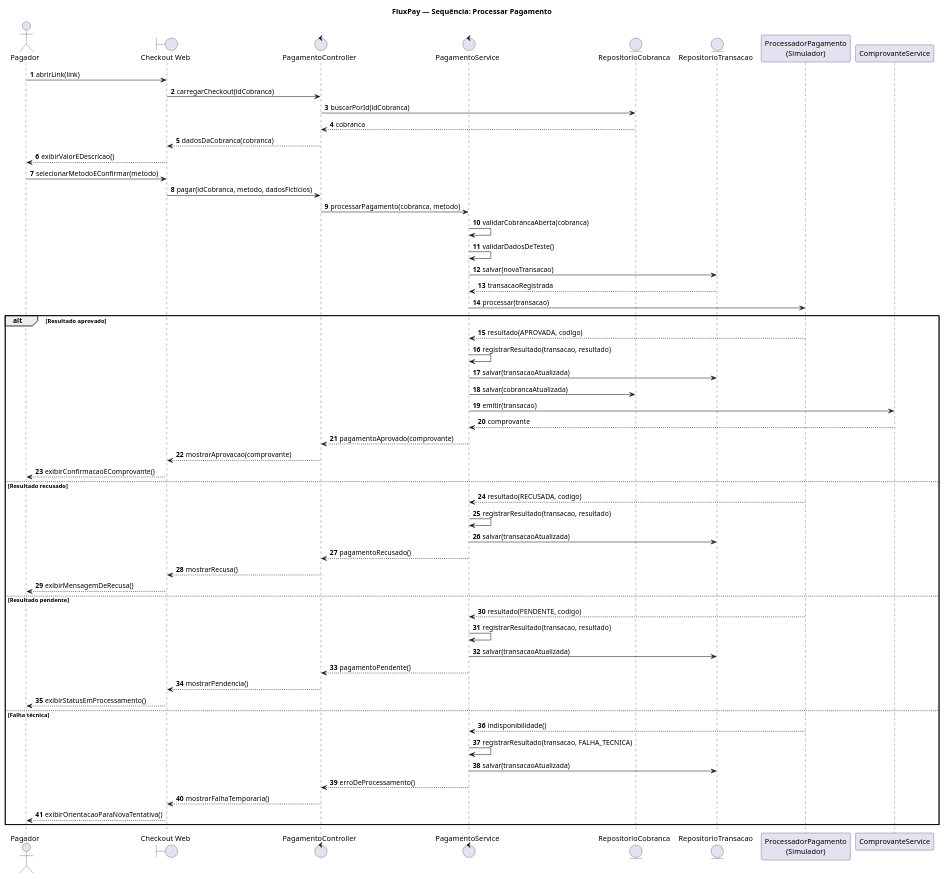
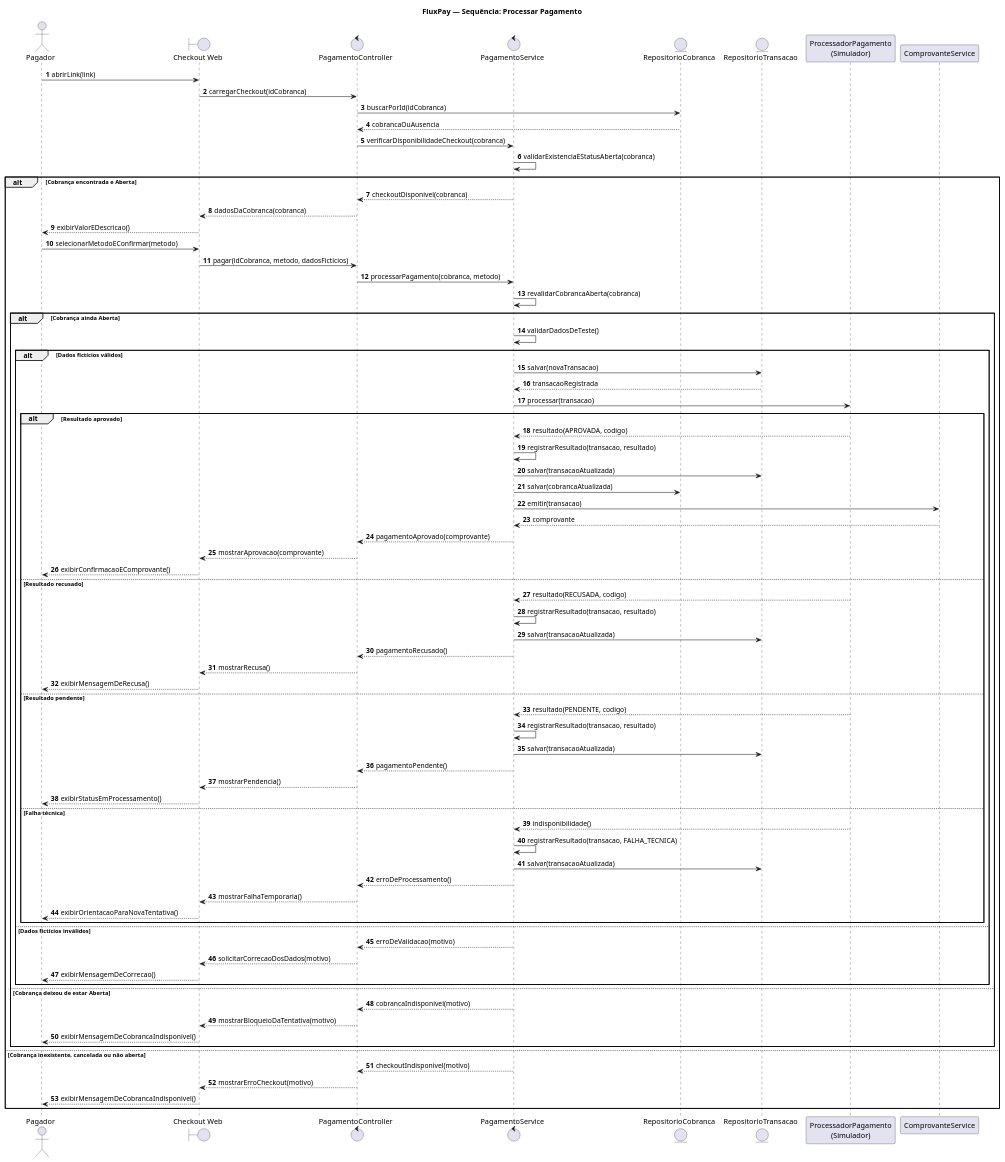
Before and after one commit to PedroSSantana/PDS-TSI-2026: the diagram in Projeto PDS/Semana 04 - Comportamento e Estados/Diagrama_Sequencia_Processar_Pagamento.puml, drawn with PlantUML. The commit also changed 7 other files, not shown here.

```diff
--- a/Projeto PDS/Semana 04 - Comportamento e Estados/Diagrama_Sequencia_Processar_Pagamento.puml
+++ b/Projeto PDS/Semana 04 - Comportamento e Estados/Diagrama_Sequencia_Processar_Pagamento.puml
@@ -1,61 +1,86 @@
 @startuml
 title FluxPay — Sequência: Processar Pagamento
 autonumber
 actor Pagador
 boundary "Checkout Web" as Checkout
 control "PagamentoController" as Controller
 control "PagamentoService" as Service
 entity "RepositorioCobranca" as RepoC
 entity "RepositorioTransacao" as RepoT
 participant "ProcessadorPagamento\n(Simulador)" as Processador
 participant "ComprovanteService" as Comprovantes
 
 Pagador -> Checkout: abrirLink(link)
 Checkout -> Controller: carregarCheckout(idCobranca)
 Controller -> RepoC: buscarPorId(idCobranca)
-RepoC --> Controller: cobranca
-Controller --> Checkout: dadosDaCobranca(cobranca)
-Checkout --> Pagador: exibirValorEDescricao()
+RepoC --> Controller: cobrancaOuAusencia
+Controller -> Service: verificarDisponibilidadeCheckout(cobranca)
+Service -> Service: validarExistenciaEStatusAberta(cobranca)
 
-Pagador -> Checkout: selecionarMetodoEConfirmar(metodo)
-Checkout -> Controller: pagar(idCobranca, metodo, dadosFicticios)
-Controller -> Service: processarPagamento(cobranca, metodo)
-Service -> Service: validarCobrancaAberta(cobranca)
-Service -> Service: validarDadosDeTeste()
-Service -> RepoT: salvar(novaTransacao)
-RepoT --> Service: transacaoRegistrada
-Service -> Processador: processar(transacao)
+alt Cobrança encontrada e Aberta
+  Service --> Controller: checkoutDisponivel(cobranca)
+  Controller --> Checkout: dadosDaCobranca(cobranca)
+  Checkout --> Pagador: exibirValorEDescricao()
 
-alt Resultado aprovado
-  Processador --> Service: resultado(APROVADA, codigo)
-  Service -> Service: registrarResultado(transacao, resultado)
-  Service -> RepoT: salvar(transacaoAtualizada)
-  Service -> RepoC: salvar(cobrancaAtualizada)
-  Service -> Comprovantes: emitir(transacao)
-  Comprovantes --> Service: comprovante
-  Service --> Controller: pagamentoAprovado(comprovante)
-  Controller --> Checkout: mostrarAprovacao(comprovante)
-  Checkout --> Pagador: exibirConfirmacaoEComprovante()
-else Resultado recusado
-  Processador --> Service: resultado(RECUSADA, codigo)
-  Service -> Service: registrarResultado(transacao, resultado)
-  Service -> RepoT: salvar(transacaoAtualizada)
-  Service --> Controller: pagamentoRecusado()
-  Controller --> Checkout: mostrarRecusa()
-  Checkout --> Pagador: exibirMensagemDeRecusa()
-else Resultado pendente
-  Processador --> Service: resultado(PENDENTE, codigo)
-  Service -> Service: registrarResultado(transacao, resultado)
-  Service -> RepoT: salvar(transacaoAtualizada)
-  Service --> Controller: pagamentoPendente()
-  Controller --> Checkout: mostrarPendencia()
-  Checkout --> Pagador: exibirStatusEmProcessamento()
-else Falha técnica
-  Processador --> Service: indisponibilidade()
-  Service -> Service: registrarResultado(transacao, FALHA_TECNICA)
-  Service -> RepoT: salvar(transacaoAtualizada)
-  Service --> Controller: erroDeProcessamento()
-  Controller --> Checkout: mostrarFalhaTemporaria()
-  Checkout --> Pagador: exibirOrientacaoParaNovaTentativa()
+  Pagador -> Checkout: selecionarMetodoEConfirmar(metodo)
+  Checkout -> Controller: pagar(idCobranca, metodo, dadosFicticios)
+  Controller -> Service: processarPagamento(cobranca, metodo)
+
+  Service -> Service: revalidarCobrancaAberta(cobranca)
+
+  alt Cobrança ainda Aberta
+    Service -> Service: validarDadosDeTeste()
+
+    alt Dados fictícios válidos
+      Service -> RepoT: salvar(novaTransacao)
+      RepoT --> Service: transacaoRegistrada
+      Service -> Processador: processar(transacao)
+
+      alt Resultado aprovado
+        Processador --> Service: resultado(APROVADA, codigo)
+        Service -> Service: registrarResultado(transacao, resultado)
+        Service -> RepoT: salvar(transacaoAtualizada)
+        Service -> RepoC: salvar(cobrancaAtualizada)
+        Service -> Comprovantes: emitir(transacao)
+        Comprovantes --> Service: comprovante
+        Service --> Controller: pagamentoAprovado(comprovante)
+        Controller --> Checkout: mostrarAprovacao(comprovante)
+        Checkout --> Pagador: exibirConfirmacaoEComprovante()
+      else Resultado recusado
+        Processador --> Service: resultado(RECUSADA, codigo)
+        Service -> Service: registrarResultado(transacao, resultado)
+        Service -> RepoT: salvar(transacaoAtualizada)
+        Service --> Controller: pagamentoRecusado()
+        Controller --> Checkout: mostrarRecusa()
+        Checkout --> Pagador: exibirMensagemDeRecusa()
+      else Resultado pendente
+        Processador --> Service: resultado(PENDENTE, codigo)
+        Service -> Service: registrarResultado(transacao, resultado)
+        Service -> RepoT: salvar(transacaoAtualizada)
+        Service --> Controller: pagamentoPendente()
+        Controller --> Checkout: mostrarPendencia()
+        Checkout --> Pagador: exibirStatusEmProcessamento()
+      else Falha técnica
+        Processador --> Service: indisponibilidade()
+        Service -> Service: registrarResultado(transacao, FALHA_TECNICA)
+        Service -> RepoT: salvar(transacaoAtualizada)
+        Service --> Controller: erroDeProcessamento()
+        Controller --> Checkout: mostrarFalhaTemporaria()
+        Checkout --> Pagador: exibirOrientacaoParaNovaTentativa()
+      end
+    else Dados fictícios inválidos
+      Service --> Controller: erroDeValidacao(motivo)
+      Controller --> Checkout: solicitarCorrecaoDosDados(motivo)
+      Checkout --> Pagador: exibirMensagemDeCorrecao()
+    end
+  else Cobrança deixou de estar Aberta
+    Service --> Controller: cobrancaIndisponivel(motivo)
+    Controller --> Checkout: mostrarBloqueioDaTentativa(motivo)
+    Checkout --> Pagador: exibirMensagemDeCobrancaIndisponivel()
+  end
+else Cobrança inexistente, cancelada ou não aberta
+  Service --> Controller: checkoutIndisponivel(motivo)
+  Controller --> Checkout: mostrarErroCheckout(motivo)
+  Checkout --> Pagador: exibirMensagemDeCobrancaIndisponivel()
 end
 @enduml
```
